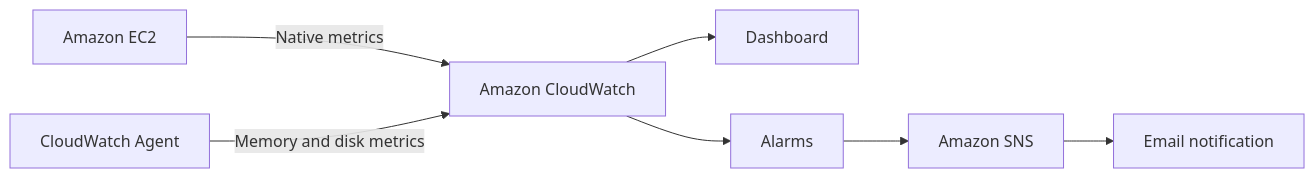
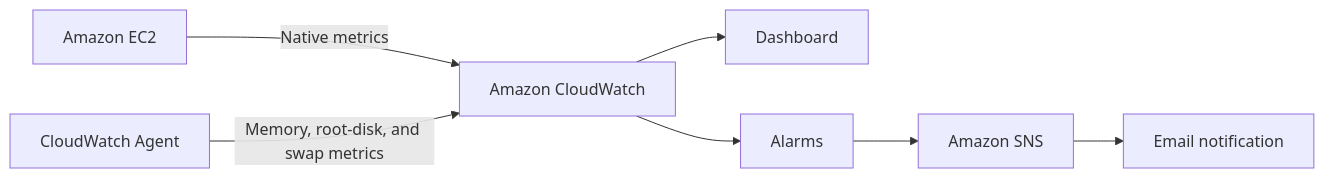
The diagram in README.md (Faruktahsin/aws-cloud-monitoring-lab), drawn with Mermaid before and after one commit. The commit also changed other lines of this file and 35 other files, not shown here.

````diff
--- a/README.md
+++ b/README.md
@@ -32,8 +32,8 @@
 ```mermaid
 flowchart LR
   EC2["Amazon EC2"] -->|"Native metrics"| CW["Amazon CloudWatch"]
-  Agent["CloudWatch Agent"] -->|"Memory and disk metrics"| CW
+  Agent["CloudWatch Agent"] -->|"Memory, root-disk, and swap metrics"| CW
   CW --> Dashboard["Dashboard"]
   CW --> Alarms["Alarms"]
   Alarms --> SNS["Amazon SNS"] --> Email["Email notification"]
 ```
````
